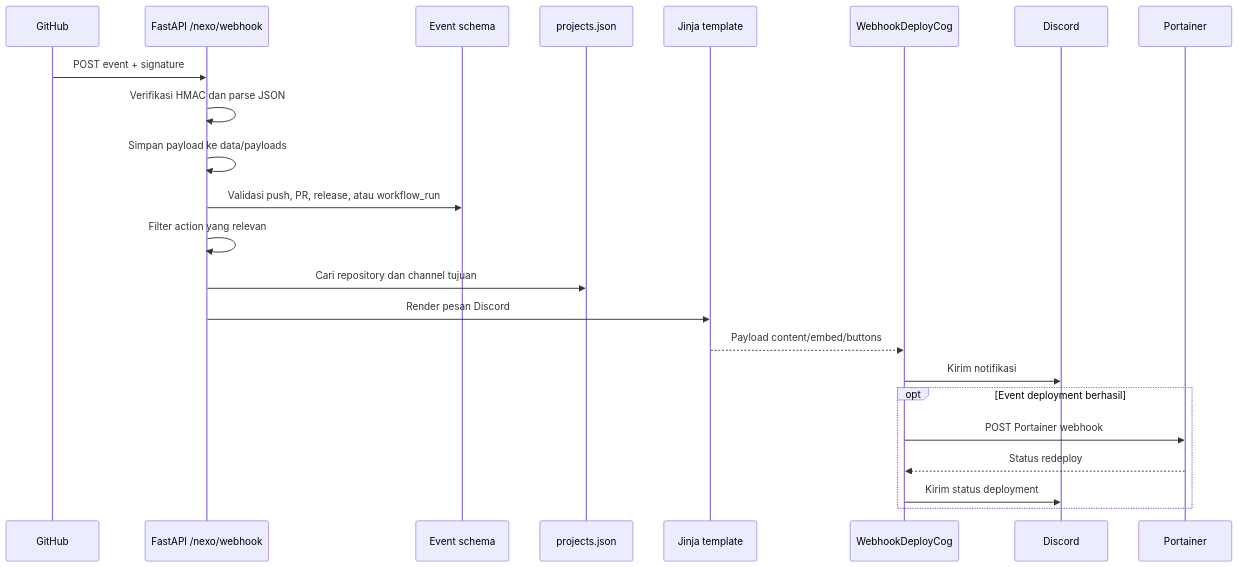
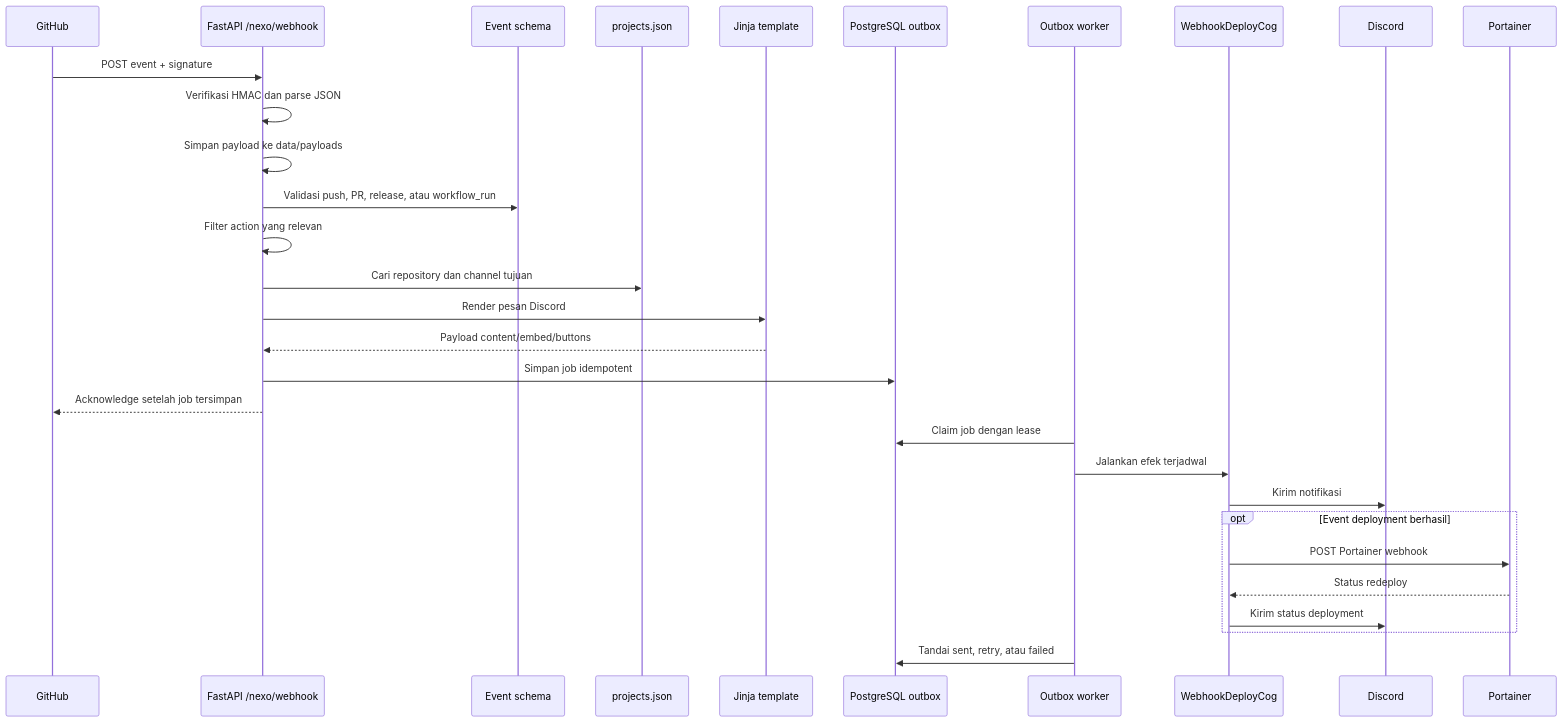
Before and after one commit to ksm-aiot-upnvj/nexo: the diagram in docs/github-webhook.md, drawn with Mermaid. The commit also changed other lines of this file and 13 other files, not shown here.

````diff
--- a/docs/github-webhook.md
+++ b/docs/github-webhook.md
@@ -7,26 +7,33 @@
 ```mermaid
 sequenceDiagram
     participant GitHub
     participant Gateway as FastAPI /nexo/webhook
     participant Schema as Event schema
     participant Config as projects.json
     participant Template as Jinja template
+    participant DB as PostgreSQL outbox
+    participant Worker as Outbox worker
     participant Cog as WebhookDeployCog
     participant Discord
     participant Portainer
 
     GitHub->>Gateway: POST event + signature
     Gateway->>Gateway: Verifikasi HMAC dan parse JSON
     Gateway->>Gateway: Simpan payload ke data/payloads
     Gateway->>Schema: Validasi push, PR, release, atau workflow_run
     Gateway->>Gateway: Filter action yang relevan
     Gateway->>Config: Cari repository dan channel tujuan
     Gateway->>Template: Render pesan Discord
-    Template-->>Cog: Payload content/embed/buttons
+    Template-->>Gateway: Payload content/embed/buttons
+    Gateway->>DB: Simpan job idempotent
+    Gateway-->>GitHub: Acknowledge setelah job tersimpan
+    Worker->>DB: Claim job dengan lease
+    Worker->>Cog: Jalankan efek terjadwal
     Cog->>Discord: Kirim notifikasi
     opt Event deployment berhasil
         Cog->>Portainer: POST Portainer webhook
         Portainer-->>Cog: Status redeploy
         Cog->>Discord: Kirim status deployment
     end
+    Worker->>DB: Tandai sent, retry, atau failed
 ```
````
